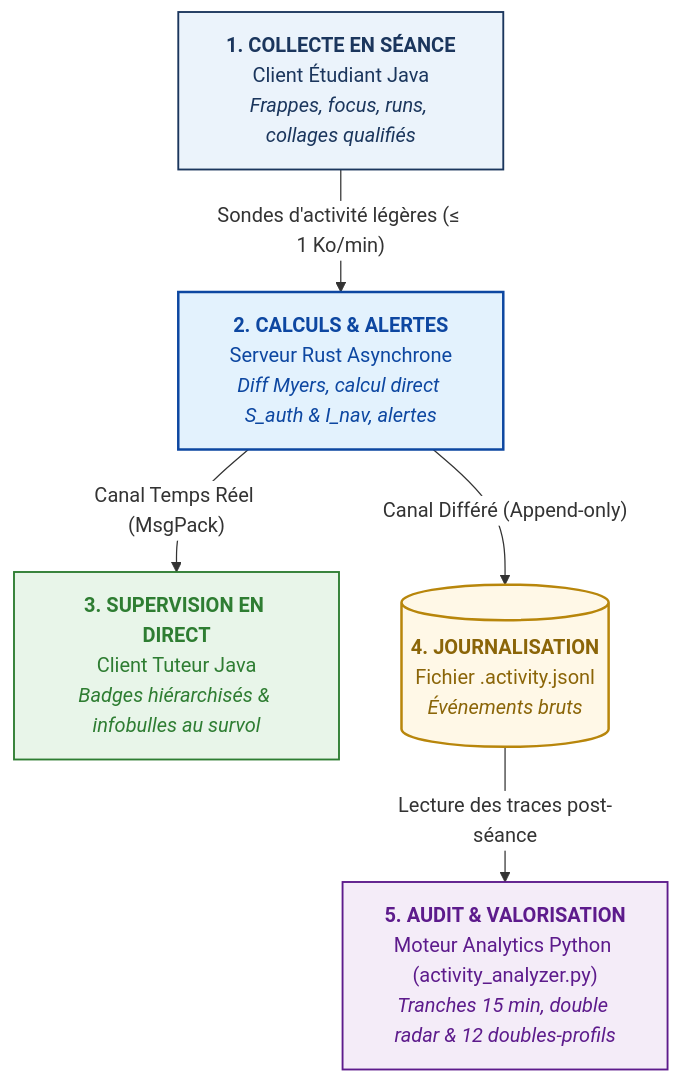
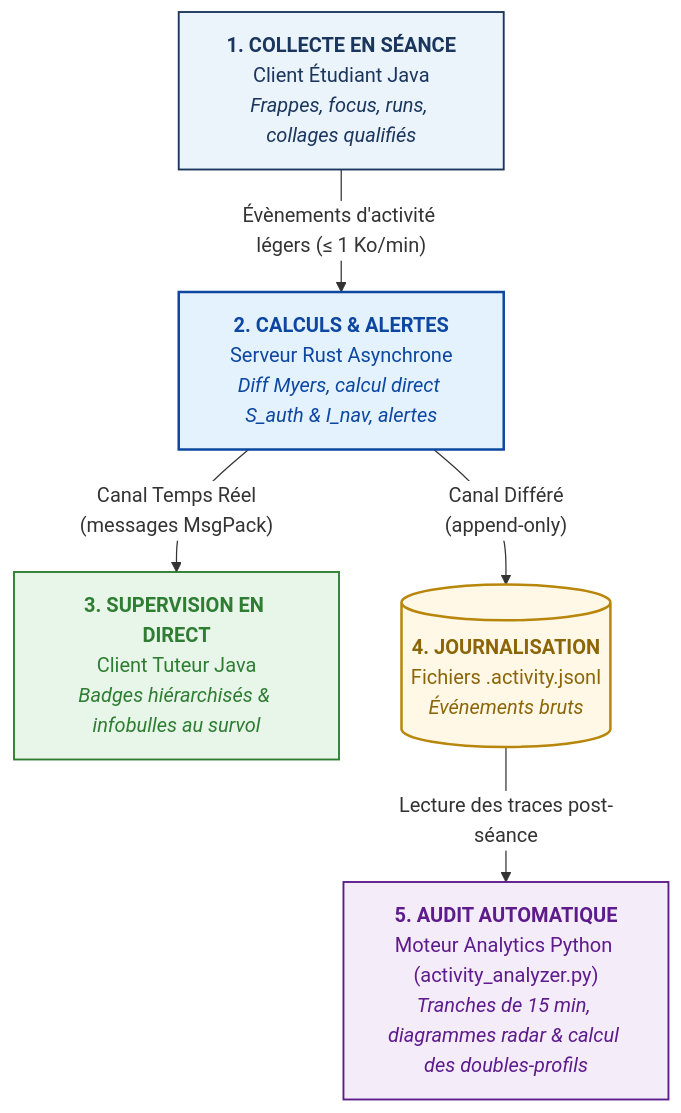
The first of 5 diagrams in docs/ACTIVITY_TRACKING.md (jlehuen/CodeLab), drawn with Mermaid before and after one commit. The commit also changed other lines of this file and 3 other files, not shown here.

````diff
--- a/docs/ACTIVITY_TRACKING.md
+++ b/docs/ACTIVITY_TRACKING.md
@@ -22,24 +22,24 @@
 ```mermaid
 %%{init: {'themeVariables': {'edgeLabelBackground': '#ffffff'}, 'themeCSS': '.edgeLabel, .labelBkg, .edgeLabel rect { background-color: #ffffff !important; fill: #ffffff !important; opacity: 1 !important; }'}}%%
 flowchart TD
     E["<b>1. COLLECTE EN SÉANCE</b><br/>Client Étudiant Java<br/><i>Frappes, focus, runs, collages qualifiés</i>"]
-    -->|"Sondes d'activité légères (≤ 1 Ko/min)"| S["<b>2. CALCULS &amp; ALERTES</b><br/>Serveur Rust Asynchrone<br/><i>Diff Myers, calcul direct S_auth &amp; I_nav, alertes</i>"]
+    -->|"Évènements d'activité légers (≤ 1 Ko/min)"| S["<b>2. CALCULS &amp; ALERTES</b><br/>Serveur Rust Asynchrone<br/><i>Diff Myers, calcul direct S_auth &amp; I_nav, alertes</i>"]
 
-    S -->|"Canal Temps Réel (MsgPack)"| T["<b>3. SUPERVISION EN DIRECT</b><br/>Client Tuteur Java<br/><i>Badges hiérarchisés &amp; infobulles au survol</i>"]
+    S -->|"Canal Temps Réel</br>(messages MsgPack)"| T["<b>3. SUPERVISION EN DIRECT</b><br/>Client Tuteur Java<br/><i>Badges hiérarchisés &amp; infobulles au survol</i>"]
 
-    S -->|"Canal Différé (Append-only)"| J[("<b>4. JOURNALISATION</b><br/>Fichier .activity.jsonl<br/><i>Événements bruts</i>")]
+    S -->|"Canal Différé</br>(append-only)"| J[("<b>4. JOURNALISATION</b><br/>Fichiers .activity.jsonl<br/><i>Événements bruts</i>")]
 
-    J -->|"Lecture des traces post-séance"| A["<b>5. AUDIT &amp; VALORISATION</b><br/>Moteur Analytics Python (activity_analyzer.py)<br/><i>Tranches 15 min, double radar &amp; 12 doubles-profils</i>"]
+    J -->|"Lecture des traces post-séance"| A["<b>5. AUDIT AUTOMATIQUE</b><br/>Moteur Analytics Python (activity_analyzer.py)<br/><i>Tranches de 15 min, diagrammes radar &amp; calcul des doubles-profils</i>"]
 
     classDef client fill:#EBF3FB,stroke:#1B365D,stroke-width:1.5px,color:#1B365D;
     classDef server fill:#E3F2FD,stroke:#0D47A1,stroke-width:2px,color:#0D47A1;
     classDef tuteur fill:#E8F5E9,stroke:#2E7D32,stroke-width:1.5px,color:#2E7D32;
     classDef journal fill:#FFF8E7,stroke:#B8860B,stroke-width:2px,color:#8B6508;
     classDef audit fill:#F4ECF8,stroke:#5D1B8C,stroke-width:1.5px,color:#5D1B8C;
 
     class E client;
     class S server;
     class T tuteur;
     class J journal;
     class A audit;
 ```
````
